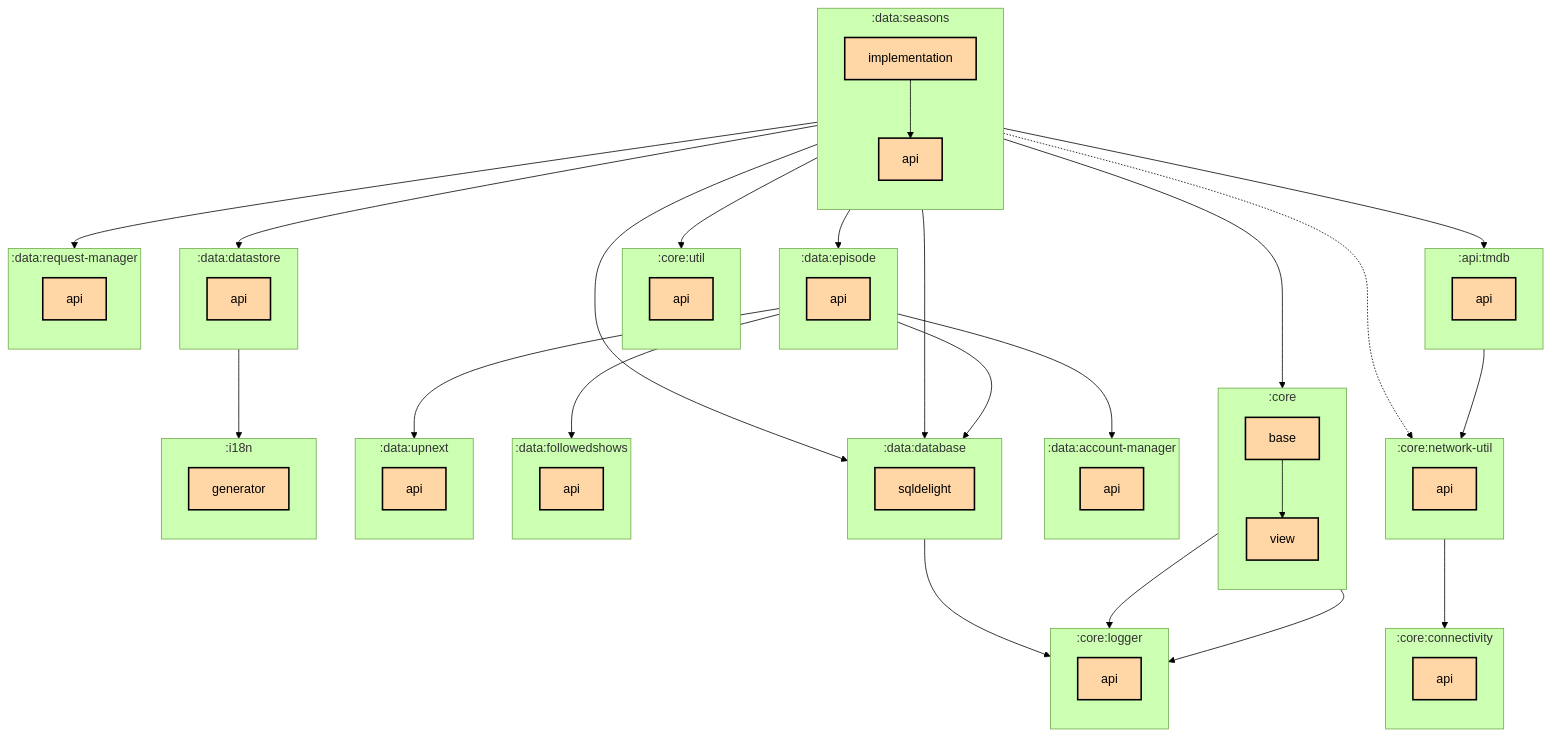
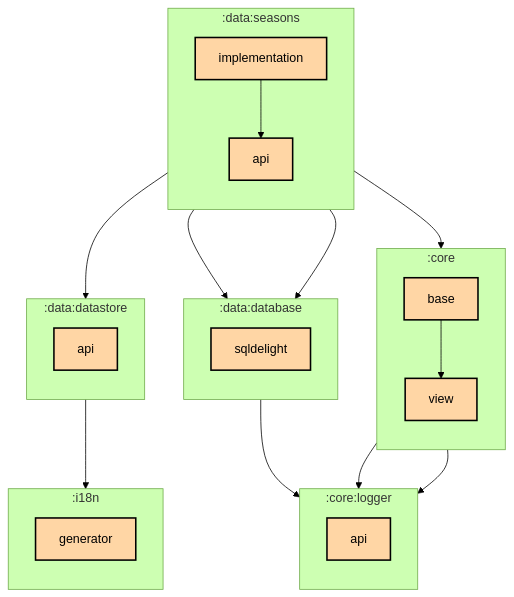
One commit to thomaskioko/tv-maniac changed the first of 2 diagrams in data/seasons/implementation/README.md. Above: the diagram before and after it, drawn with Mermaid (forest theme). The commit also changed 107 other files, not shown here.

````diff
--- a/data/seasons/implementation/README.md
+++ b/data/seasons/implementation/README.md
@@ -6,33 +6,13 @@
 ```mermaid
 graph TB
-  subgraph :api:tmdb
-    direction TB
-    :api:tmdb:api[api]:::multiplatform
-  end
   subgraph :core
     direction TB
     :core:base[base]:::multiplatform
     :core:view[view]:::multiplatform
   end
-  subgraph :core:connectivity
-    direction TB
-    :core:connectivity:api[api]:::multiplatform
-  end
   subgraph :core:logger
     direction TB
     :core:logger:api[api]:::multiplatform
-  end
-  subgraph :core:network-util
-    direction TB
-    :core:network-util:api[api]:::multiplatform
-  end
-  subgraph :core:util
-    direction TB
-    :core:util:api[api]:::multiplatform
-  end
-  subgraph :data:account-manager
-    direction TB
-    :data:account-manager:api[api]:::multiplatform
   end
   subgraph :data:database
     direction TB
@@ -42,52 +22,25 @@
     direction TB
     :data:datastore:api[api]:::multiplatform
   end
-  subgraph :data:episode
-    direction TB
-    :data:episode:api[api]:::multiplatform
-  end
-  subgraph :data:followedshows
-    direction TB
-    :data:followedshows:api[api]:::multiplatform
-  end
-  subgraph :data:request-manager
-    direction TB
-    :data:request-manager:api[api]:::multiplatform
-  end
   subgraph :data:seasons
     direction TB
     :data:seasons:api[api]:::multiplatform
     :data:seasons:implementation[implementation]:::multiplatform
-  end
-  subgraph :data:upnext
-    direction TB
-    :data:upnext:api[api]:::multiplatform
   end
   subgraph :i18n
     direction TB
     :i18n:generator[generator]:::multiplatform
   end
 
-  :api:tmdb:api --> :core:network-util:api
   :core:base --> :core:logger:api
   :core:base --> :core:view
-  :core:network-util:api --> :core:connectivity:api
   :core:view --> :core:logger:api
   :data:database:sqldelight --> :core:logger:api
   :data:datastore:api --> :i18n:generator
-  :data:episode:api --> :data:account-manager:api
-  :data:episode:api --> :data:database:sqldelight
-  :data:episode:api --> :data:followedshows:api
-  :data:episode:api --> :data:upnext:api
   :data:seasons:api --> :data:database:sqldelight
-  :data:seasons:implementation --> :api:tmdb:api
   :data:seasons:implementation --> :core:base
-  :data:seasons:implementation -.-> :core:network-util:api
-  :data:seasons:implementation --> :core:util:api
   :data:seasons:implementation --> :data:database:sqldelight
   :data:seasons:implementation --> :data:datastore:api
-  :data:seasons:implementation --> :data:episode:api
-  :data:seasons:implementation --> :data:request-manager:api
   :data:seasons:implementation --> :data:seasons:api
 
 classDef application fill:#CAFFBF,stroke:#000,stroke-width:2px,color:#000;
````
